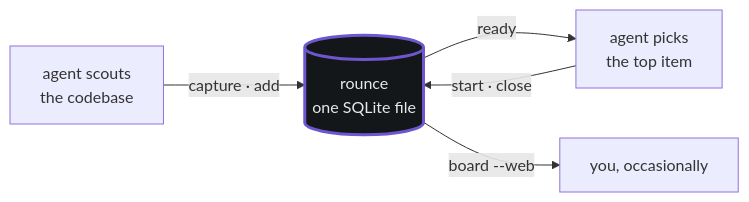
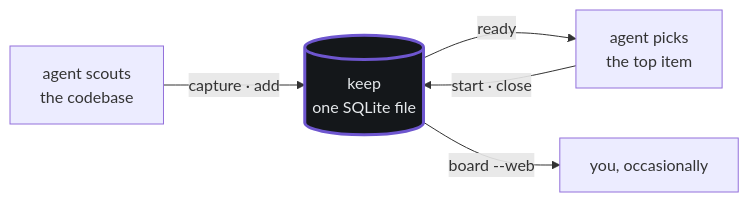
The diagram in README.md (gshepptech/keep), drawn with Mermaid before and after one commit. The commit also changed other lines of this file and 208 other files, not shown here.

````diff
--- a/README.md
+++ b/README.md
@@ -67,8 +67,8 @@
 ```mermaid
 flowchart LR
-    A["agent scouts<br/>the codebase"] -->|capture · add| B[("rounce<br/>one SQLite file")]
+    A["agent scouts<br/>the codebase"] -->|capture · add| B[("keep<br/>one SQLite file")]
     B -->|ready| C["agent picks<br/>the top item"]
     C -->|start · close| B
     B -->|board --web| D["you, occasionally"]
     style B fill:#14171a,stroke:#6E56CF,stroke-width:3px,color:#e6e9ec
 ```
````
